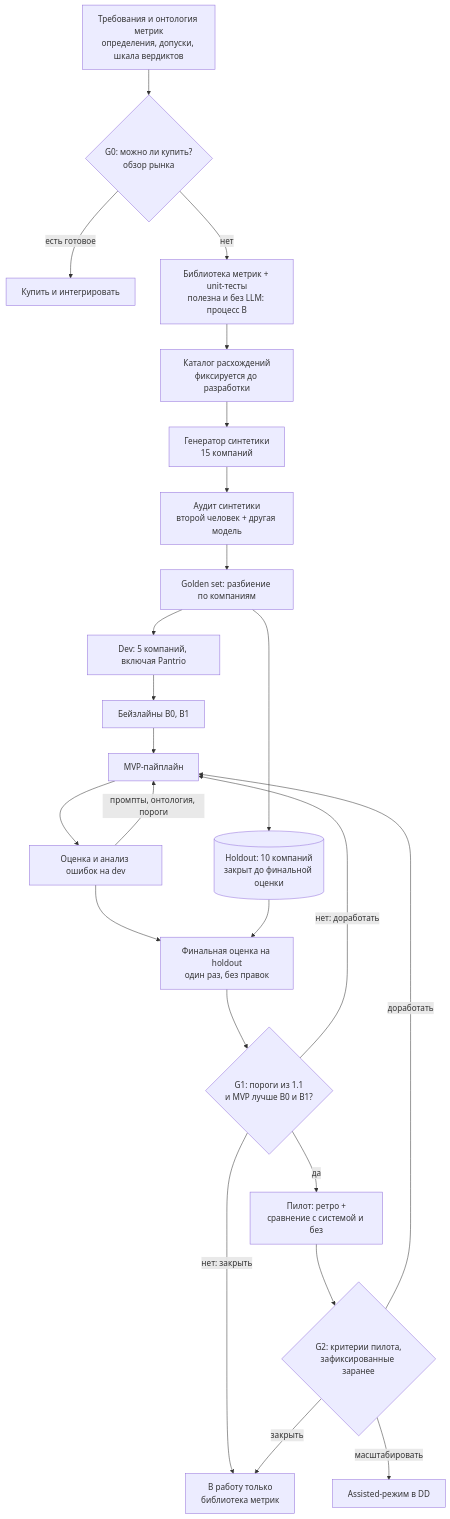
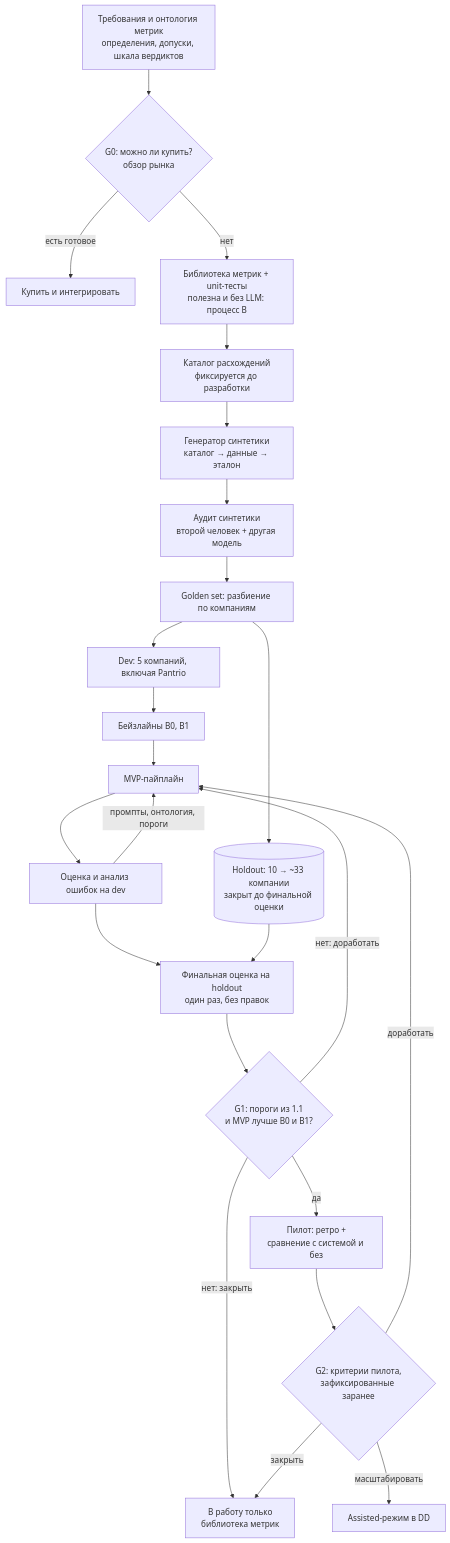
Before and after one commit to gumaonelove/itmo-mlsd: the first of 5 diagrams in docs/ml_system_design_doc.md, drawn with Mermaid. The commit also changed other lines of this file and 66 other files, not shown here.

````diff
--- a/docs/ml_system_design_doc.md
+++ b/docs/ml_system_design_doc.md
@@ -352,26 +358,26 @@
 ```mermaid
 flowchart TD
     A["Требования и онтология метрик<br/>определения, допуски, шкала вердиктов"] --> G0{"G0: можно ли купить?<br/>обзор рынка"}
     G0 -- "есть готовое" --> BUY["Купить и интегрировать"]
     G0 -- "нет" --> LIB["Библиотека метрик + unit-тесты<br/>полезна и без LLM: процесс B"]
     LIB --> CAT["Каталог расхождений<br/>фиксируется до разработки"]
-    CAT --> SYN["Генератор синтетики<br/>15 компаний"]
+    CAT --> SYN["Генератор синтетики<br/>каталог → данные → эталон"]
     SYN --> AUD["Аудит синтетики<br/>второй человек + другая модель"]
     AUD --> SPLIT["Golden set: разбиение по компаниям"]
     SPLIT --> DEV["Dev: 5 компаний, включая Pantrio"]
-    SPLIT --> HO[("Holdout: 10 компаний<br/>закрыт до финальной оценки")]
+    SPLIT --> HO[("Holdout: 10 → ~33 компании<br/>закрыт до финальной оценки")]
     DEV --> BL["Бейзлайны B0, B1"]
     BL --> MVP["MVP-пайплайн"]
     MVP --> EV["Оценка и анализ ошибок на dev"]
     EV -- "промпты, онтология, пороги" --> MVP
     EV --> FIN["Финальная оценка на holdout<br/>один раз, без правок"]
     HO --> FIN
     FIN --> G1{"G1: пороги из 1.1<br/>и MVP лучше B0 и B1?"}
     G1 -- "нет: доработать" --> MVP
     G1 -- "нет: закрыть" --> ONLYB["В работу только<br/>библиотека метрик"]
     G1 -- "да" --> PIL["Пилот: ретро +<br/>сравнение с системой и без"]
     PIL --> G2{"G2: критерии пилота,<br/>зафиксированные заранее"}
     G2 -- "доработать" --> MVP
     G2 -- "масштабировать" --> ASS["Assisted-режим в DD"]
     G2 -- "закрыть" --> ONLYB
 ```
````
